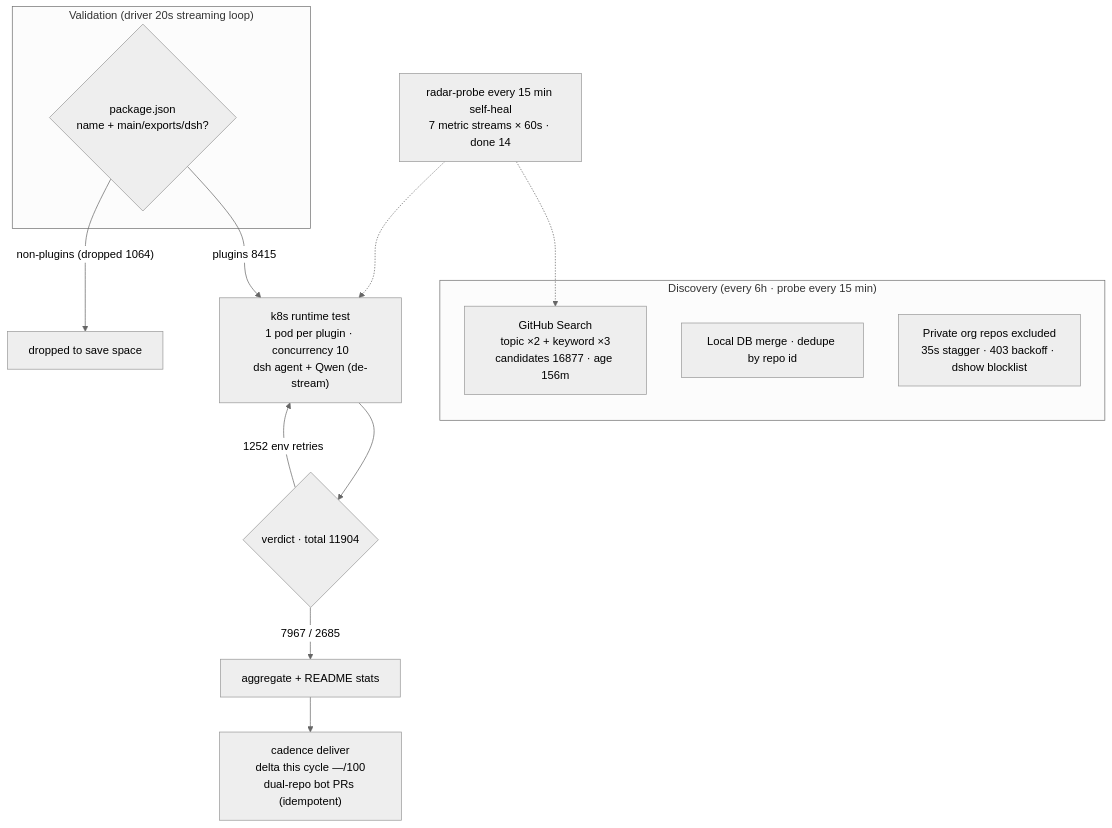
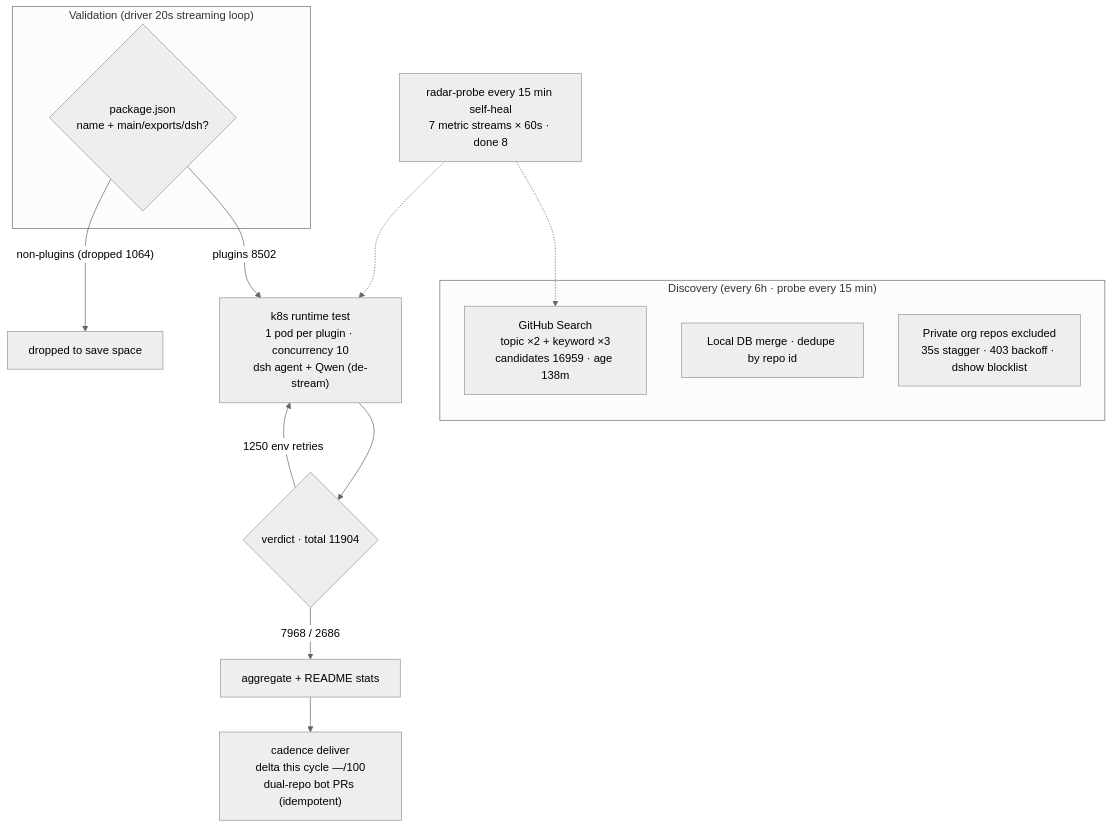
The diagram in README.en-US.md (AdamPlatin123/awesome-dsh-plugins), drawn with Mermaid (neutral theme) before and after one commit. The commit also changed other lines of this file and 5 other files, not shown here.

````diff
--- a/README.en-US.md
+++ b/README.en-US.md
@@ -45,20 +45,20 @@
 ```mermaid
 flowchart TB
     subgraph Discovery["Discovery (every 6h · probe every 15 min)"]
-        A1["GitHub Search<br/>topic ×2 + keyword ×3<br/>candidates 16877 · age 156m"]
+        A1["GitHub Search<br/>topic ×2 + keyword ×3<br/>candidates 16959 · age 138m"]
         A2["Local DB merge · dedupe by repo id"]
         A3["Private org repos excluded<br/>35s stagger · 403 backoff · dshow blocklist"]
     end
     subgraph Validation["Validation (driver 20s streaming loop)"]
         B1{"package.json<br/>name + main/exports/dsh?"}
     end
-    B1 -->|"plugins 8415"| C1["k8s runtime test<br/>1 pod per plugin · concurrency 10<br/>dsh agent + Qwen (de-stream)"]
+    B1 -->|"plugins 8502"| C1["k8s runtime test<br/>1 pod per plugin · concurrency 10<br/>dsh agent + Qwen (de-stream)"]
     B1 -->|"non-plugins (dropped 1064)"| B3["dropped to save space"]
     C1 --> D1{"verdict · total 11904"}
-    D1 -->|"7967 / 2685"| E1["aggregate + README stats"]
-    D1 -->|"1252 env retries"| C1
+    D1 -->|"7968 / 2686"| E1["aggregate + README stats"]
+    D1 -->|"1250 env retries"| C1
     E1 --> E2["cadence deliver<br/>delta this cycle —/100<br/>dual-repo bot PRs (idempotent)"]
-    M["radar-probe every 15 min self-heal<br/>7 metric streams × 60s · done 14"]
+    M["radar-probe every 15 min self-heal<br/>7 metric streams × 60s · done 8"]
     M -.-> A1
     M -.-> C1
 ```
````
